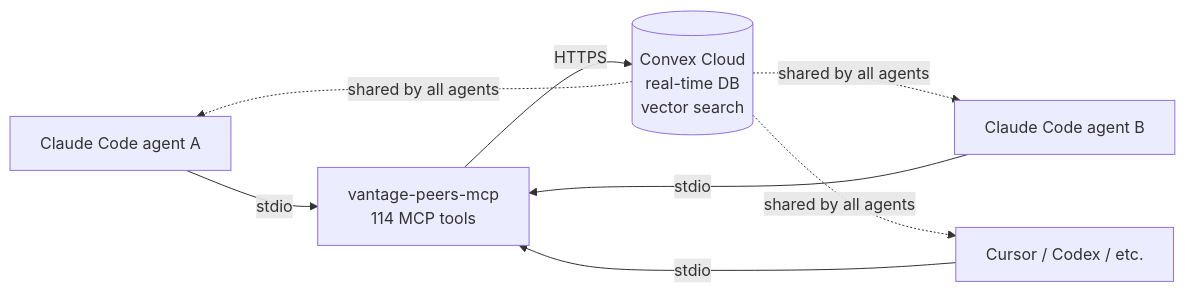
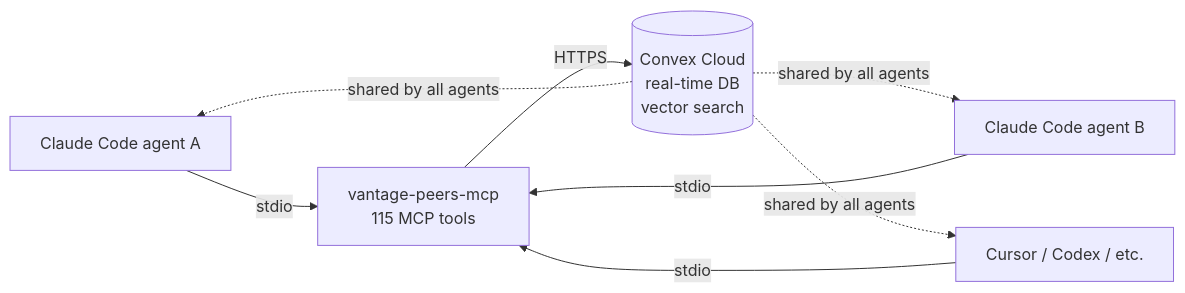
The diagram in README.md (vantageos-agency/vantage-peers), drawn with Mermaid before and after one commit. The commit also changed other lines of this file and 12 other files, not shown here.

First line of the commit message:
feat(okf): validate_okf_bundle MCP tool + Convex action (OKF Phase 2 B1)

````diff
--- a/README.md
+++ b/README.md
@@ -49,11 +49,11 @@
 ```mermaid
 flowchart LR
     A1[Claude Code agent A] -->|stdio| MCP
     A2[Claude Code agent B] -->|stdio| MCP
     A3[Cursor / Codex / etc.] -->|stdio| MCP
-    MCP[vantage-peers-mcp<br/>114 MCP tools] -->|HTTPS| Convex
+    MCP[vantage-peers-mcp<br/>115 MCP tools] -->|HTTPS| Convex
     Convex[(Convex Cloud<br/>real-time DB<br/>vector search)]
     Convex -.shared by all agents.-> A1
     Convex -.shared by all agents.-> A2
     Convex -.shared by all agents.-> A3
 ```
````
